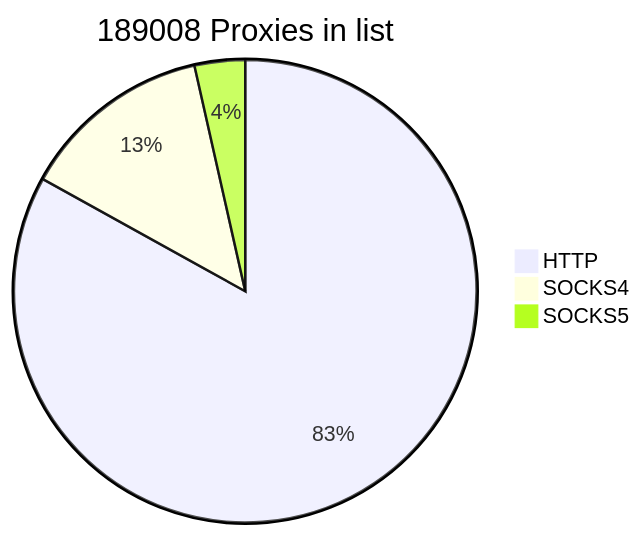
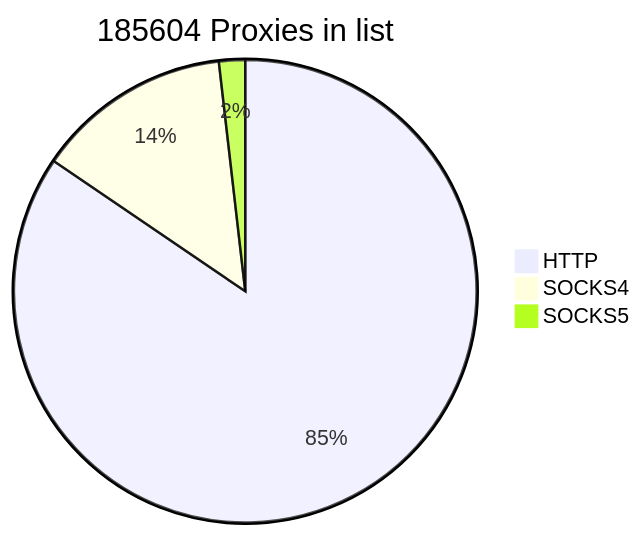
The first of 2 diagrams in README.md (cutipu/proxylist), drawn with Mermaid before and after one commit. The commit also changed other lines of this file, not shown here.

````diff
--- a/README.md
+++ b/README.md
@@ -2,7 +2,7 @@
 ```mermaid
-pie title 189008 Proxies in list
-    "HTTP" : 156980
+pie title 185604 Proxies in list
+    "HTTP" : 156852
     "SOCKS4" : 25365
-    "SOCKS5" : 6663
+    "SOCKS5" : 3387
             
 ```
````
